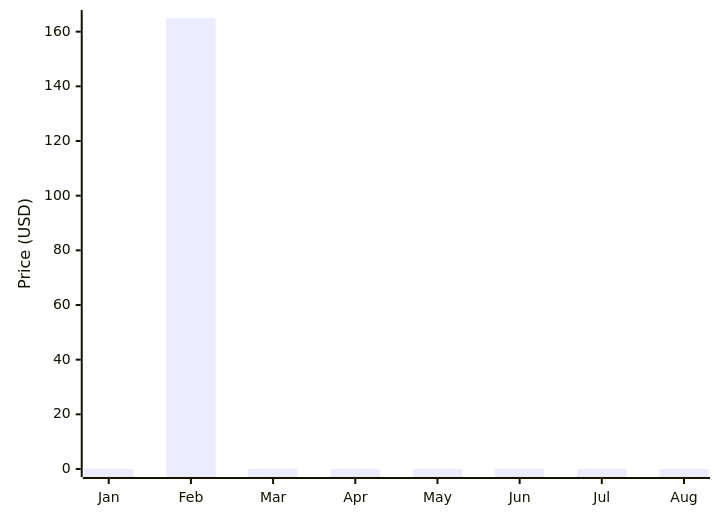
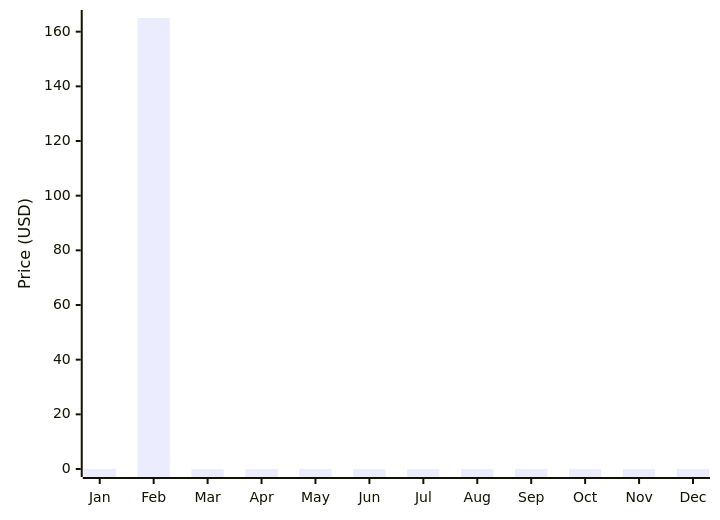
The second of 6 diagrams in docs/discord/group-buys.md (up-n-atom/8311), drawn with Mermaid before and after one commit. The commit also changed other lines of this file, not shown here.

Commit message:
discord: fix 2025 group buy chart

````diff
--- a/docs/discord/group-buys.md
+++ b/docs/discord/group-buys.md
@@ -32,6 +32,6 @@
 ``` mermaid
 xychart-beta
-    x-axis [Jan, Feb, Mar, Apr, May, Jun, Jul, Aug]
+    x-axis [Jan, Feb, Mar, Apr, May, Jun, Jul, Aug, Sep, Oct, Nov, Dec]
     y-axis "Price (USD)" 0 --> 165
-    bar [0, 165, 0, 0, 0, 0, 0, 0]
+    bar [0, 165, 0, 0, 0, 0, 0, 0, 0, 0, 0, 0]
 ```
````
